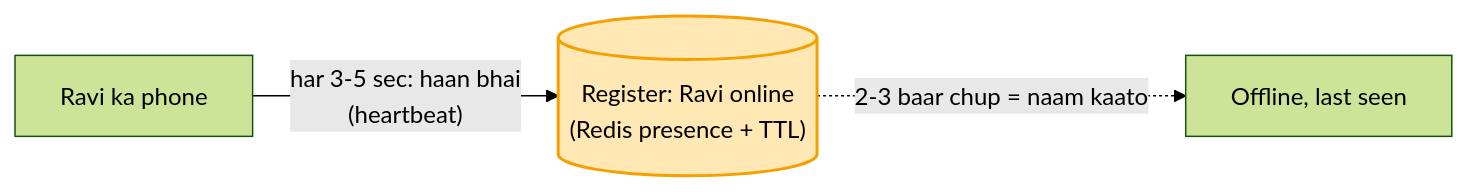
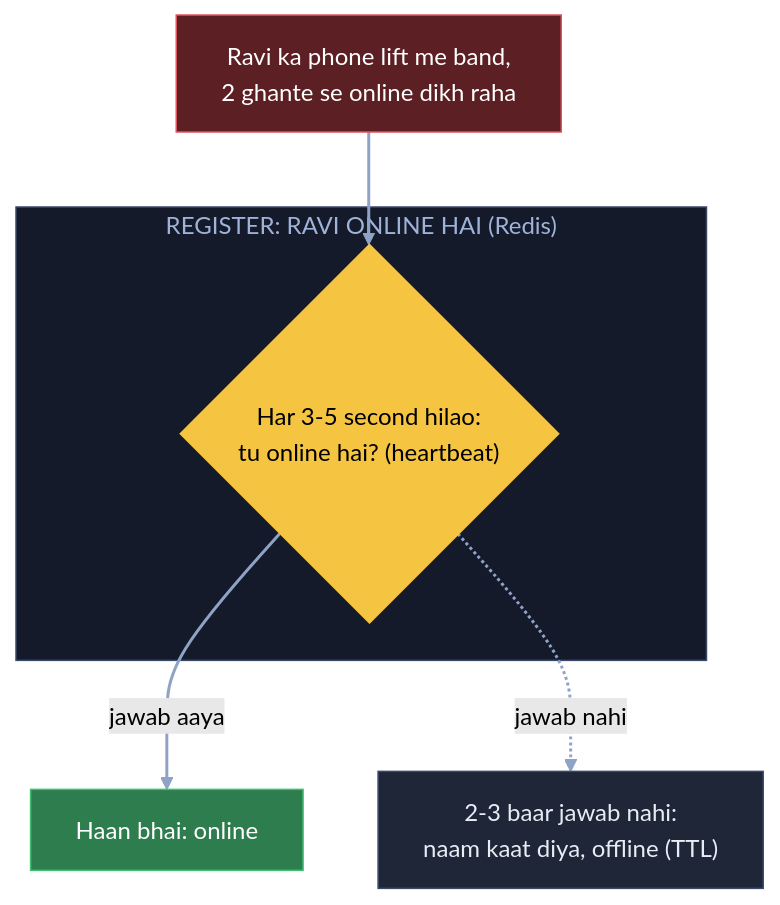
Before and after one commit to ArpanMaheshwari144/Prep: diagram 11 of 12 in 04_HLD/SYSTEM_DESIGNS/14_chat_messaging/14_chat_messaging.md, drawn with Mermaid (forest theme). The commit also changed other lines of this file, not shown here.

Commit message:
Chat: 12 diagram hand notes ke shabdon se

````diff
--- a/04_HLD/SYSTEM_DESIGNS/14_chat_messaging/14_chat_messaging.md
+++ b/04_HLD/SYSTEM_DESIGNS/14_chat_messaging/14_chat_messaging.md
@@ -227,6 +345,18 @@
 ```mermaid
-flowchart LR
-    R["Ravi ka phone"] -- "har 3-5 sec: haan bhai<br/>(heartbeat)" --> P[("Register: Ravi online<br/>(Redis presence + TTL)")]
-    P -. "2-3 baar chup = naam kaato" .-> O["Offline, last seen"]
-    style P fill:#ffe8b3,stroke:#f59f00,stroke-width:2px,color:#000
+flowchart TB
+    X["Ravi ka phone lift me band,<br/>2 ghante se online dikh raha"]:::bad
+    subgraph RG["REGISTER: RAVI ONLINE HAI (Redis)"]
+        H{"Har 3-5 second hilao:<br/>tu online hai? (heartbeat)"}:::pill
+    end
+    OK["Haan bhai: online"]:::good
+    OFF["2-3 baar jawab nahi:<br/>naam kaat diya, offline (TTL)"]:::card
+    X --> H
+    H -- "jawab aaya" --> OK
+    H -. "jawab nahi" .-> OFF
+    linkStyle default stroke:#8fa3c7,stroke-width:2px
+    classDef card fill:#1e2638,stroke:#3a4a6b,color:#e8ecf5
+    classDef pill fill:#f5c542,stroke:#f5c542,color:#000
+    classDef good fill:#2e7d4f,stroke:#3fbf6f,color:#fff
+    classDef bad fill:#5c1f24,stroke:#e05561,color:#fff
+    style RG fill:#141a29,stroke:#3a4a6b,color:#9fb3d9
 ```
````
